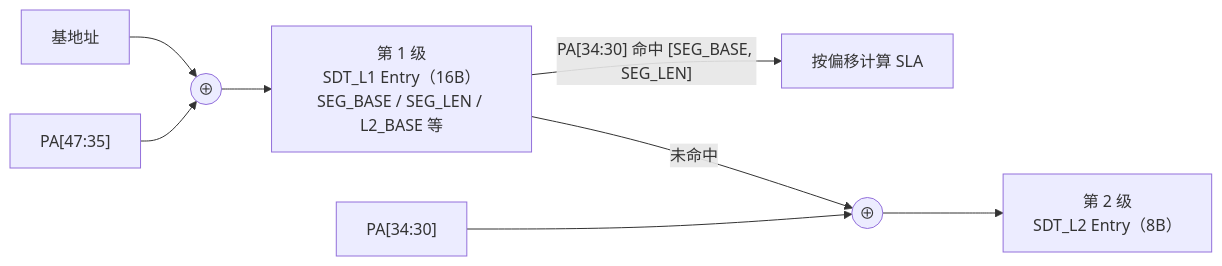
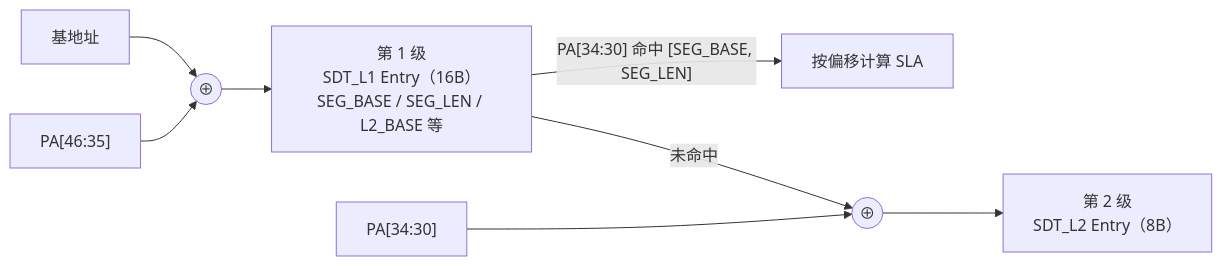
The fourth of 8 diagrams in doc/design_plan/内存池化SDecoder和SMMU部件设计方案2.6/内存池化SDecoder和SMMU部件设计方案v2.6.md (DuBirdFly/C1_SDecoder), drawn with Mermaid before and after one commit. The commit also changed other lines of this file and 1 other file, not shown here.

````diff
--- a/doc/design_plan/内存池化SDecoder和SMMU部件设计方案2.6/内存池化SDecoder和SMMU部件设计方案v2.6.md
+++ b/doc/design_plan/内存池化SDecoder和SMMU部件设计方案2.6/内存池化SDecoder和SMMU部件设计方案v2.6.md
@@ -160,10 +158,10 @@
 ```mermaid
 flowchart LR
     BASE["基地址"] --> XOR1(("⊕"))
-    ADDR1["PA[47:35]"] --> XOR1
+    ADDR1["PA[46:35]"] --> XOR1
     XOR1 --> L1["第 1 级<br/>SDT_L1 Entry（16B）<br/>SEG_BASE / SEG_LEN / L2_BASE 等"]
     L1 -->|"PA[34:30] 命中 [SEG_BASE, SEG_LEN]"| SLA["按偏移计算 SLA"]
     L1 -->|未命中| XOR2(("⊕"))
     ADDR2["PA[34:30]"] --> XOR2
     XOR2 --> L2["第 2 级<br/>SDT_L2 Entry（8B）"]
 ```
````
